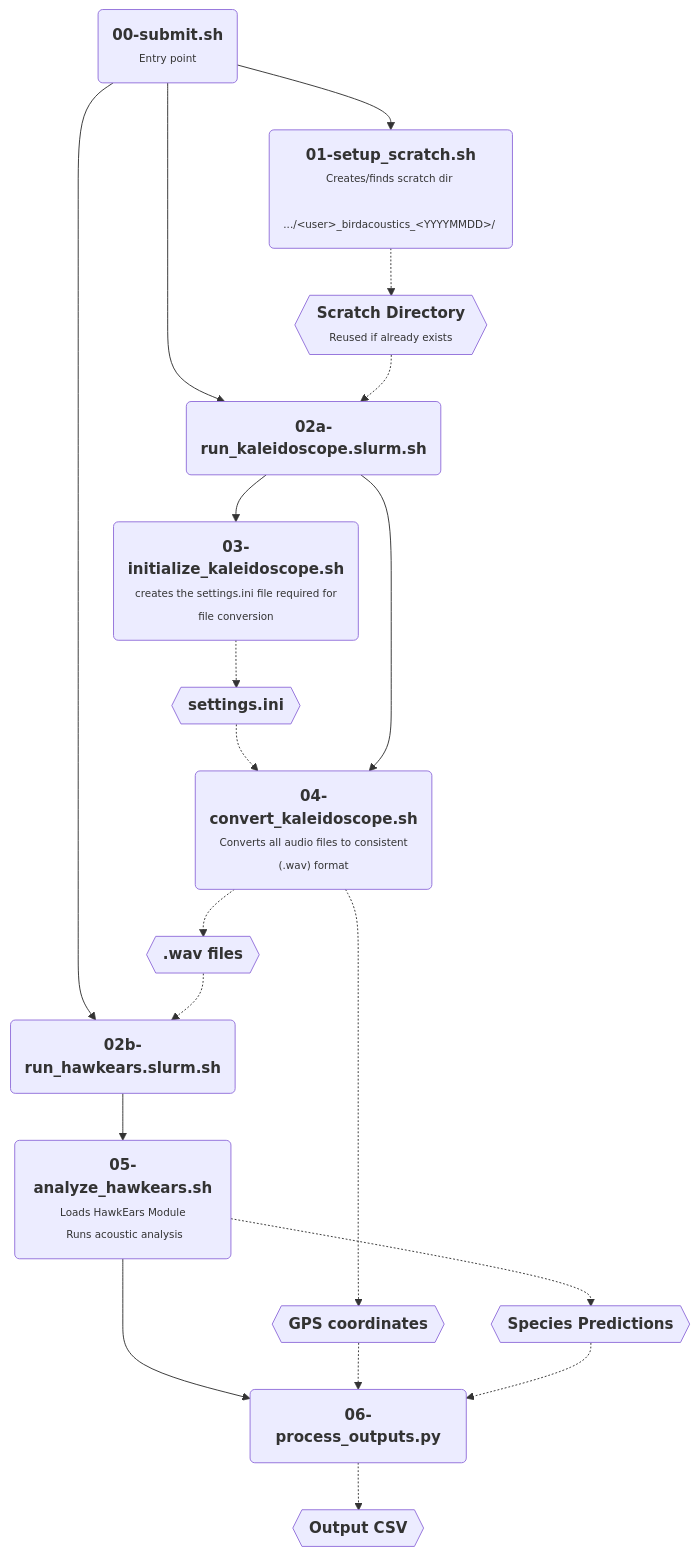
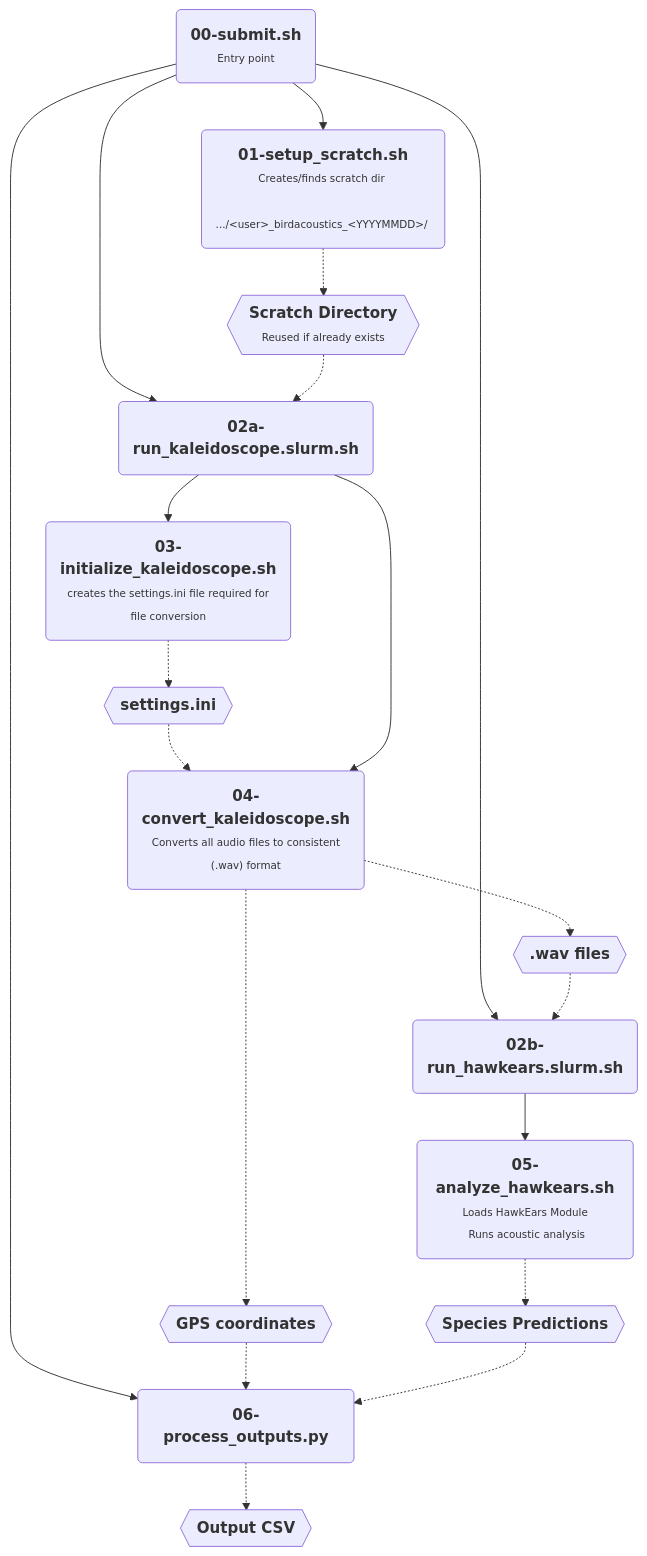
One commit to SamLokanc/birdacoustics changed the diagram in README.md. Above: the diagram before and after it, drawn with Mermaid.

Commit message:
Change mermaid diagram to show that python script gets called by 00-submit.sh

````diff
--- a/README.md
+++ b/README.md
@@ -22,42 +22,42 @@
 ```mermaid
 flowchart TD
     A("`**00-submit.sh**
     <span style='font-size: 11px;'>Entry point</span>`")
     B("`**01-setup_scratch.sh**
     <span style='font-size: 11px;'>Creates/finds scratch dir </br> .../&ltuser&gt\_birdacoustics\_&ltYYYYMMDD&gt/ </span>`")
     C{{"`**Scratch Directory**
     <span style='font-size: 11px;'> Reused if already exists </span>`"}}
     D("`**02a-run_kaleidoscope.slurm.sh**`")
     E("`**05-analyze_hawkears.sh**
     <span style='font-size: 11px;'> Loads HawkEars Module </br> Runs acoustic analysis</span>`")
     F("`**04-convert_kaleidoscope.sh**
     <span style='font-size: 11px;'> Converts all audio files to consistent (.wav) format</span>`")
     G{{"`**.wav files**`"}}
     H("`**03-initialize_kaleidoscope.sh**
     <span style='font-size: 11px;'> creates the settings.ini file required for file conversion</span>`")
     I{{"`**settings.ini**`"}}
     J("`**02b-run_hawkears.slurm.sh**`")
     K("`**06-process_outputs.py**`")
     L{{"`**GPS coordinates**`"}}
     M{{"`**Species Predictions**`"}}
     N{{"`**Output CSV**`"}}
 
     A --> B
     A --> D
     A --> J
+    A --> K
     B -.-> C
     C -.-> D
     D --> H
     H -.-> I
     I -.-> F
     D --> F
     F -.-> G
     F -.-> L
     G -.-> J
     J --> E
     E -.-> M
-    E --> K
     L -.-> K
     M -.-> K
     K -.-> N
 ```
````
